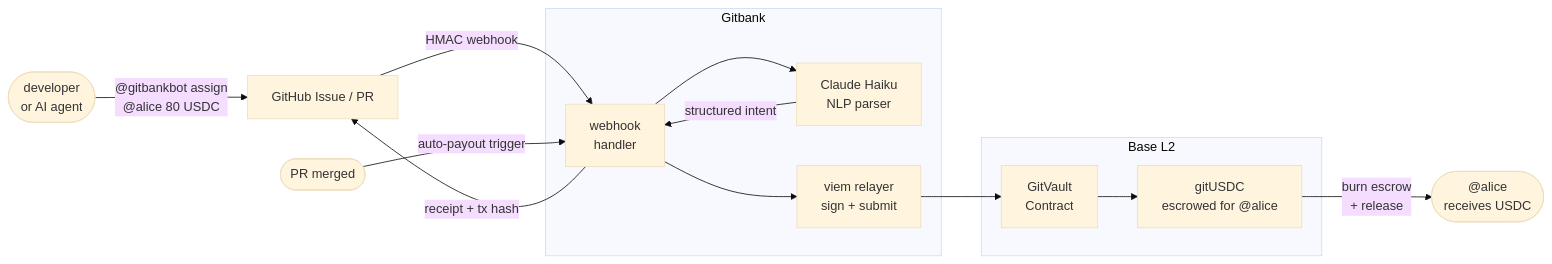
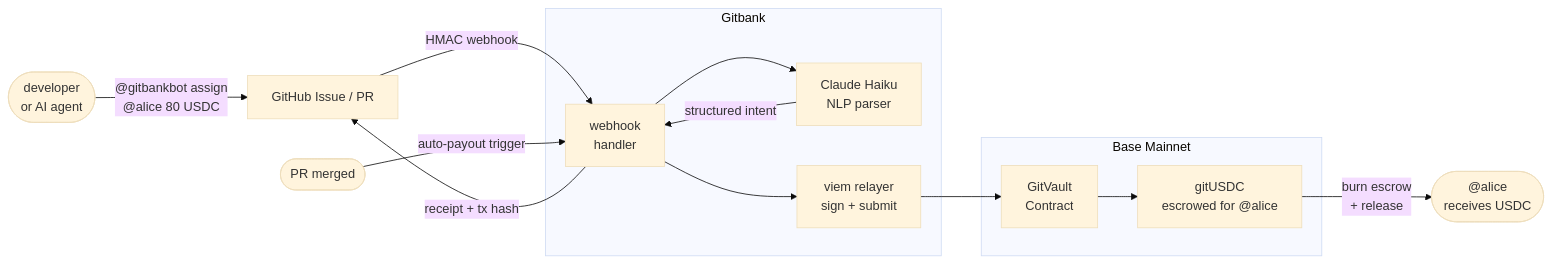
The diagram in profile/README.md (gitbankio/.github), drawn with Mermaid (base theme) before and after one commit. The commit also changed other lines of this file, not shown here.

Commit message:
docs: update to Base mainnet, Solidity 0.8.34

````diff
--- a/profile/README.md
+++ b/profile/README.md
@@ -19,27 +19,27 @@
 ```mermaid
 flowchart LR
     A(["developer\nor AI agent"]) -->|"@gitbankbot assign\n@alice 80 USDC"| B["GitHub Issue / PR"]
 
     subgraph Gitbank
         C["webhook\nhandler"]
         D["Claude Haiku\nNLP parser"]
         E["viem relayer\nsign + submit"]
     end
 
     B -->|HMAC webhook| C
     C --> D
     D -->|structured intent| C
     C --> E
 
-    subgraph "Base L2"
+    subgraph "Base Mainnet"
         F["GitVault\nContract"]
         G["gitUSDC\nescrowed for @alice"]
     end
 
     E --> F
     F --> G
 
     H(["PR merged"]) -->|auto-payout trigger| C
     G -->|burn escrow\n+ release| I(["@alice\nreceives USDC"])
     C -->|receipt + tx hash| B
 ```
````
